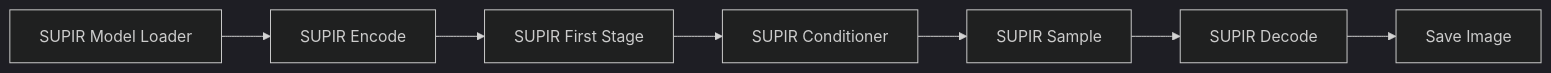
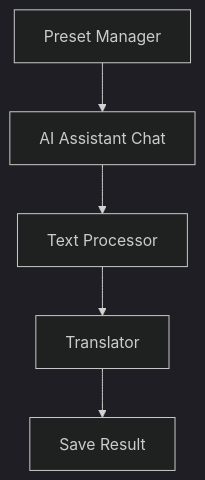
Before and after one commit to axunrun/Axun_Nodes: the third of 6 diagrams in README.md, drawn with Mermaid (dark theme). The commit also changed other lines of this file and 7 other files, not shown here.

Commit message:
feat: 新增文本处理节点和计数功能 1. 新增 text_processor 节点，支持文本拼接和计数 2. 优化 README 文档结构和内容 3. 更新 .gitignore 配置 4. 改进预设节点功能

````diff
--- a/README.md
+++ b/README.md
@@ -460,9 +203,7 @@
 ```mermaid
-graph LR
-    A[SUPIR Model Loader] --> B[SUPIR Encode]
-    B --> C[SUPIR First Stage]
-    C --> D[SUPIR Conditioner]
-    D --> E[SUPIR Sample]
-    E --> F[SUPIR Decode]
-    F --> G[Save Image]
+graph TD
+    A[Preset Manager] --> B[AI Assistant Chat]
+    B --> C[Text Processor]
+    C --> D[Translator]
+    D --> E[Save Result]
 ```
````
